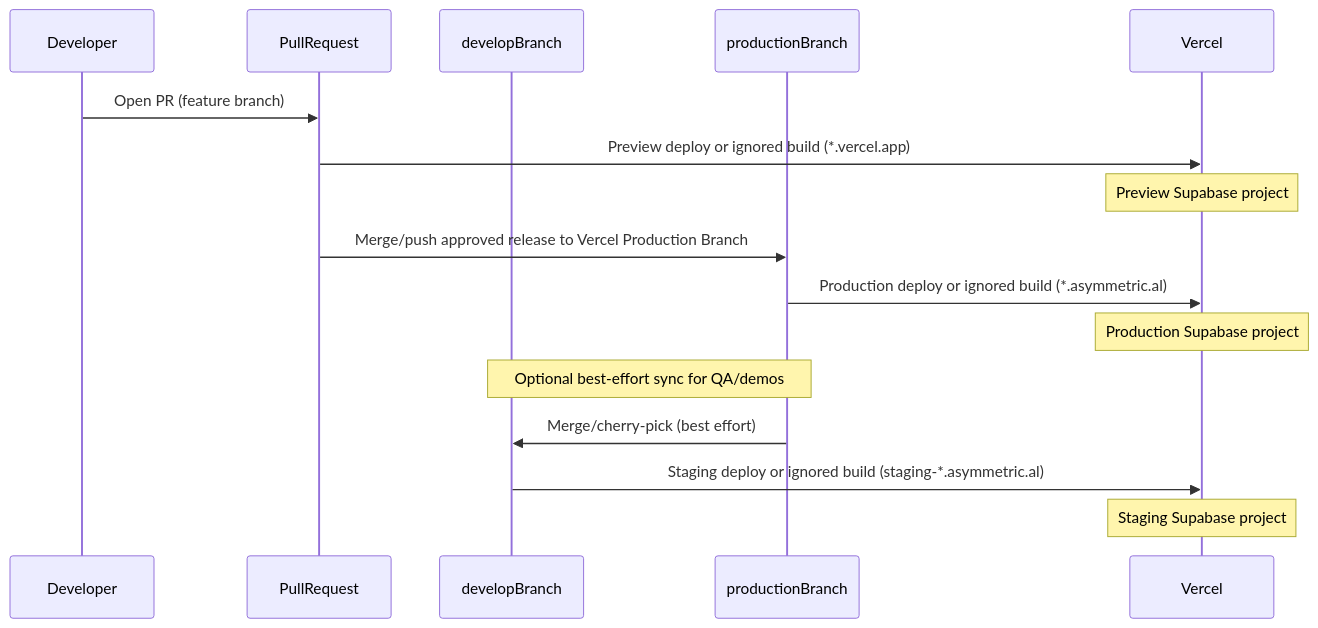
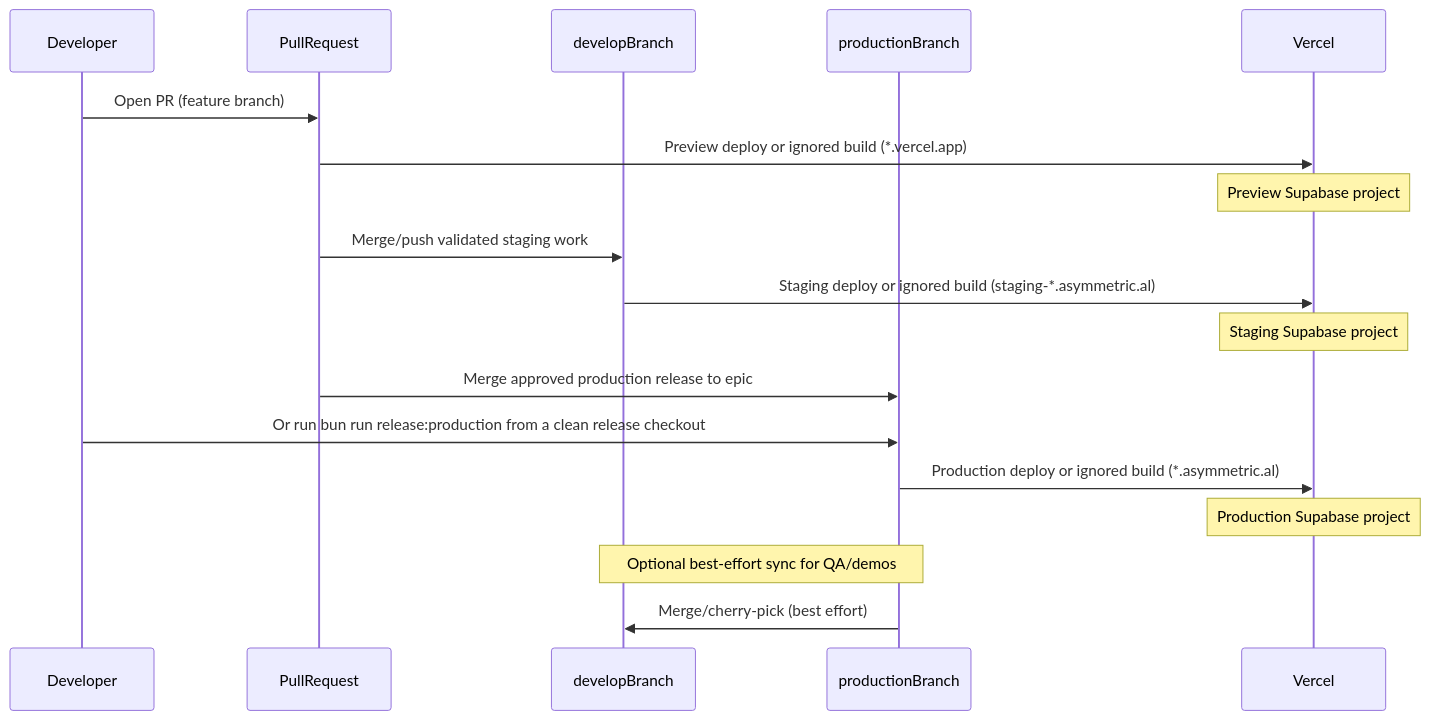
The diagram in docs/ops/environments.md (Asymmetric-al/core), drawn with Mermaid before and after one commit. The commit also changed other lines of this file and 31 other files, not shown here.

Commit message:
chore(deploy): harden epic release controls

````diff
--- a/docs/ops/environments.md
+++ b/docs/ops/environments.md
@@ -413,21 +524,24 @@
 ```mermaid
 sequenceDiagram
     participant Dev as Developer
     participant PR as PullRequest
     participant Develop as developBranch
     participant Prod as productionBranch
     participant Vercel as Vercel
 
     Dev->>PR: Open PR (feature branch)
     PR->>Vercel: Preview deploy or ignored build (*.vercel.app)
     Note over Vercel: Preview Supabase project
 
-    PR->>Prod: Merge/push approved release to Vercel Production Branch
+    PR->>Develop: Merge/push validated staging work
+    Develop->>Vercel: Staging deploy or ignored build (staging-*.asymmetric.al)
+    Note over Vercel: Staging Supabase project
+
+    PR->>Prod: Merge approved production release to epic
+    Dev->>Prod: Or run bun run release:production from a clean release checkout
     Prod->>Vercel: Production deploy or ignored build (*.asymmetric.al)
     Note over Vercel: Production Supabase project
 
     Note over Prod,Develop: Optional best-effort sync for QA/demos
     Prod->>Develop: Merge/cherry-pick (best effort)
-    Develop->>Vercel: Staging deploy or ignored build (staging-*.asymmetric.al)
-    Note over Vercel: Staging Supabase project
 ```
````
